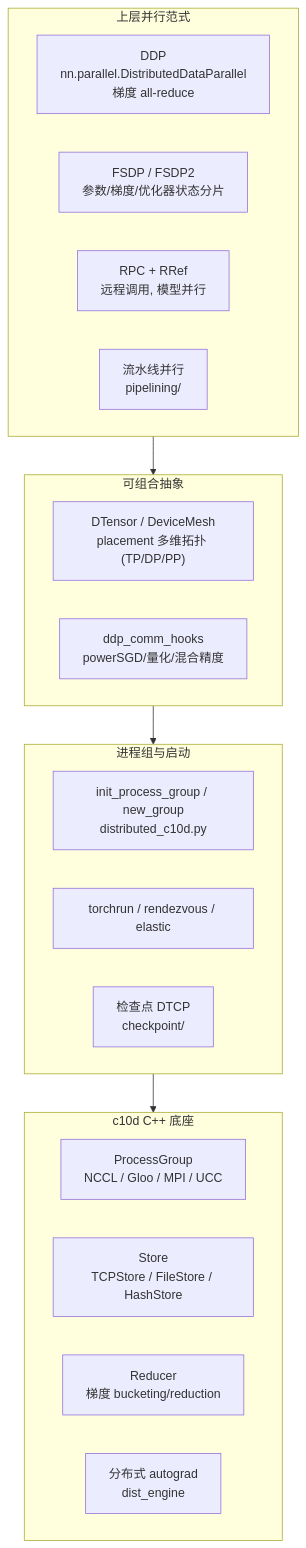
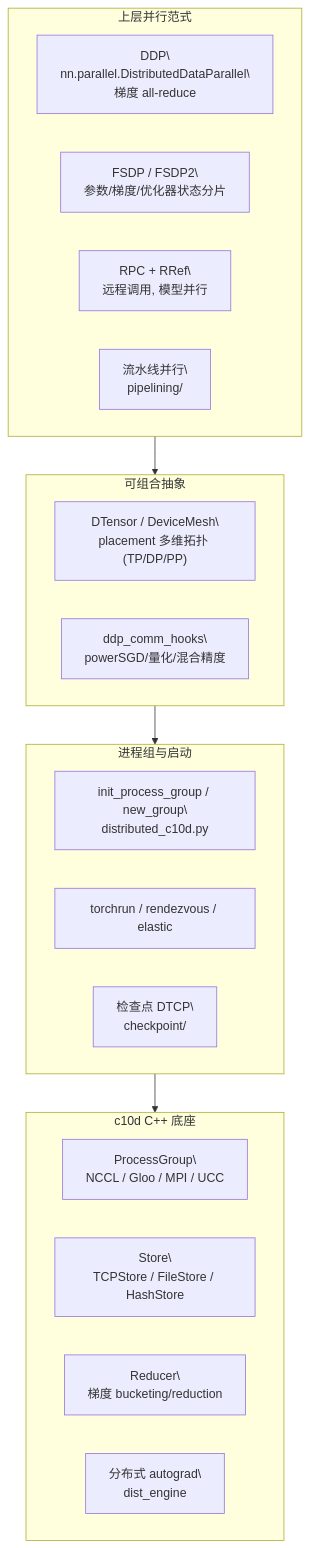
The diagram in docs/knowledge/pytorch/pytorch-distributed.md (stevexiaofei/second-brain), drawn with Mermaid before and after one commit. The commit also changed 14 other files, not shown here.

First line of the commit message:
docs: bump mermaid font sizes and replace <br/> with real newlines

````diff
--- a/docs/knowledge/pytorch/pytorch-distributed.md
+++ b/docs/knowledge/pytorch/pytorch-distributed.md
@@ -56,27 +56,40 @@
 ```mermaid
 flowchart TB
     subgraph L4["上层并行范式"]
-        DDP["DDP<br/>nn.parallel.DistributedDataParallel<br/>梯度 all-reduce"]
-        FSDP["FSDP / FSDP2<br/>参数/梯度/优化器状态分片"]
-        RPC["RPC + RRef<br/>远程调用, 模型并行"]
-        PP["流水线并行<br/>pipelining/"]
+        DDP["DDP\
+nn.parallel.DistributedDataParallel\
+梯度 all-reduce"]
+        FSDP["FSDP / FSDP2\
+参数/梯度/优化器状态分片"]
+        RPC["RPC + RRef\
+远程调用, 模型并行"]
+        PP["流水线并行\
+pipelining/"]
     end
     subgraph L3["可组合抽象"]
-        DT["DTensor / DeviceMesh<br/>placement 多维拓扑 (TP/DP/PP)"]
-        DH["ddp_comm_hooks<br/>powerSGD/量化/混合精度"]
+        DT["DTensor / DeviceMesh\
+placement 多维拓扑 (TP/DP/PP)"]
+        DH["ddp_comm_hooks\
+powerSGD/量化/混合精度"]
     end
     subgraph L2["进程组与启动"]
-        PG_API["init_process_group / new_group<br/>distributed_c10d.py"]
+        PG_API["init_process_group / new_group\
+distributed_c10d.py"]
         TR["torchrun / rendezvous / elastic"]
-        CKPT["检查点 DTCP<br/>checkpoint/"]
+        CKPT["检查点 DTCP\
+checkpoint/"]
     end
     subgraph L1["c10d C++ 底座"]
-        PGC["ProcessGroup<br/>NCCL / Gloo / MPI / UCC"]
-        STORE["Store<br/>TCPStore / FileStore / HashStore"]
-        RED["Reducer<br/>梯度 bucketing/reduction"]
-        DA["分布式 autograd<br/>dist_engine"]
+        PGC["ProcessGroup\
+NCCL / Gloo / MPI / UCC"]
+        STORE["Store\
+TCPStore / FileStore / HashStore"]
+        RED["Reducer\
+梯度 bucketing/reduction"]
+        DA["分布式 autograd\
+dist_engine"]
     end
     L4 --> L3
     L3 --> L2
     L2 --> L1
 ```
````
